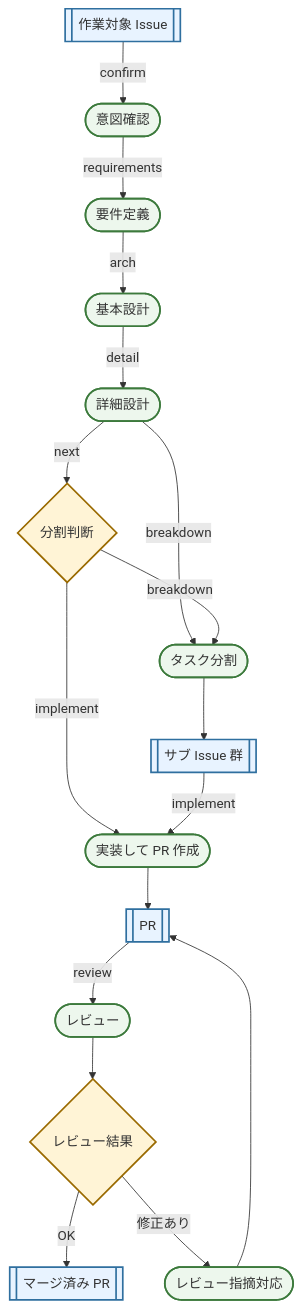
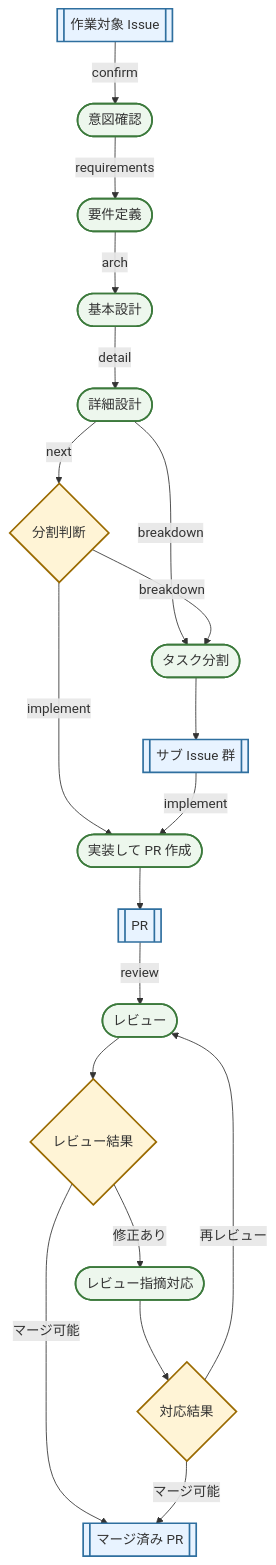
The diagram in README.md (Hiroshiba/vv-ai), drawn with Mermaid before and after one commit. The commit also changed other lines of this file, not shown here.

Commit message:
docs: READMEの作業フロー図を更新する

````diff
--- a/README.md
+++ b/README.md
@@ -11,42 +11,45 @@
 ```mermaid
 flowchart TD
   issue[["作業対象 Issue"]]
   intent(["意図確認"])
   requirements(["要件定義"])
   arch(["基本設計"])
   detail(["詳細設計"])
   next_decision{"分割判断"}
   breakdown(["タスク分割"])
   subissues[["サブ Issue 群"]]
   implement_issue(["実装して PR 作成"])
   pr[["PR"]]
   review(["レビュー"])
   review_result{"レビュー結果"}
   address(["レビュー指摘対応"])
+  address_result{"対応結果"}
   merged[["マージ済み PR"]]
 
   issue -- "confirm" --> intent
   intent -- "requirements" --> requirements
   requirements -- "arch" --> arch
   arch -- "detail" --> detail
   detail -- "next" --> next_decision
   detail -- "breakdown" --> breakdown
   next_decision -- "breakdown" --> breakdown
   next_decision -- "implement" --> implement_issue
   breakdown --> subissues
   subissues -- "implement" --> implement_issue
   implement_issue --> pr
   pr -- "review" --> review
   review --> review_result
-  review_result -- "OK" --> merged
+  review_result -- "マージ可能" --> merged
   review_result -- "修正あり" --> address
-  address --> pr
+  address --> address_result
+  address_result -- "再レビュー" --> review
+  address_result -- "マージ可能" --> merged
 
   class issue,subissues,pr,merged githubObject
   class intent,requirements,arch,detail,breakdown,implement_issue,review,address aiStep
-  class next_decision,review_result decision
+  class next_decision,review_result,address_result decision
 
   classDef githubObject fill:#e8f3ff,stroke:#2f6f9f,stroke-width:2px
   classDef aiStep fill:#edf7ed,stroke:#3c7a3c,stroke-width:2px
   classDef decision fill:#fff4d6,stroke:#9a6a00,stroke-width:2px
 ```
````
